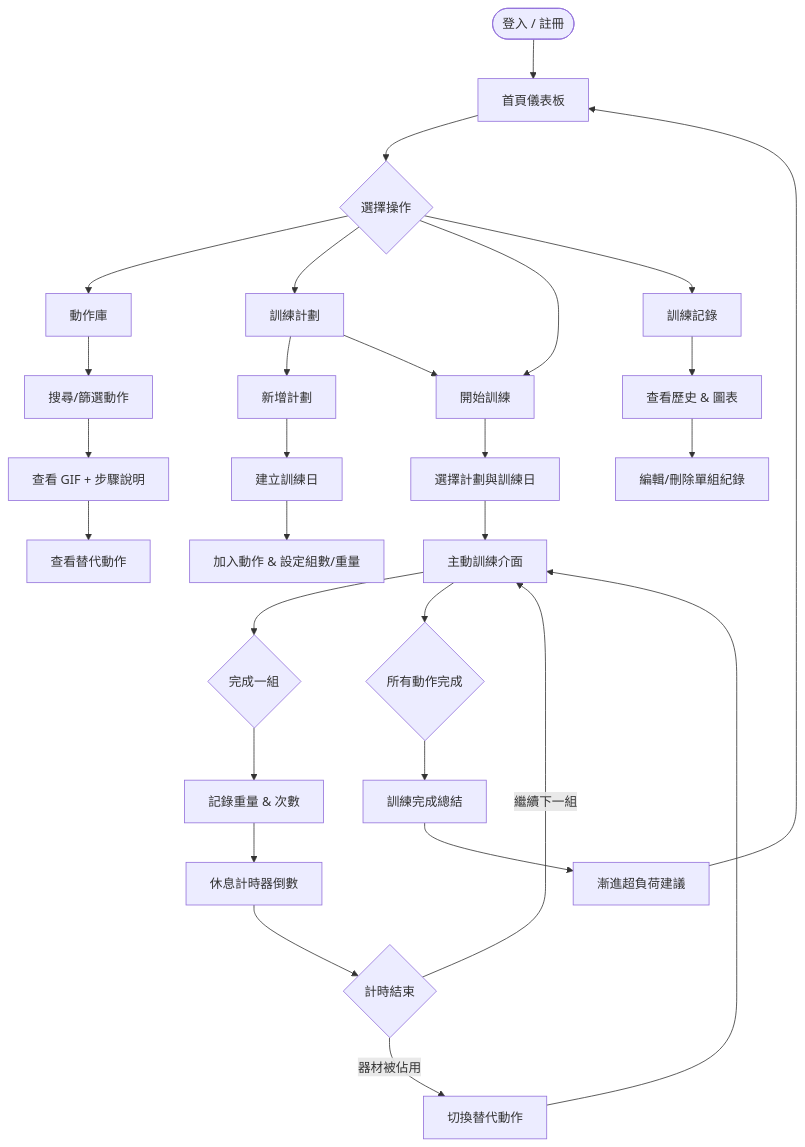
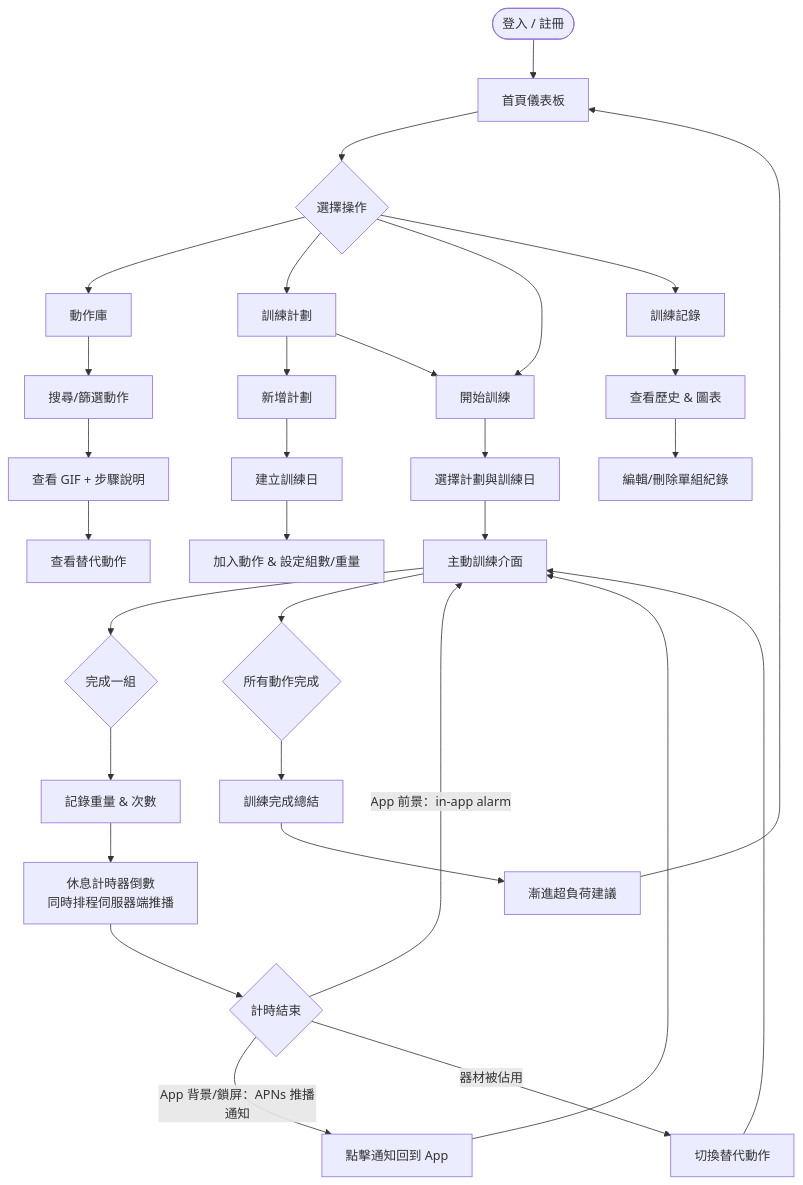
Before and after one commit to hyaochen/GymBuddy: the first of 4 diagrams in README.md, drawn with Mermaid. The commit also changed other lines of this file and 37 other files, not shown here.

````diff
--- a/README.md
+++ b/README.md
@@ -89,37 +90,39 @@
 ```mermaid
 flowchart TD
     A([登入 / 註冊]) --> B[首頁儀表板]
     B --> C{選擇操作}
 
     C --> D[動作庫]
     D --> D1[搜尋/篩選動作]
     D1 --> D2[查看 GIF + 步驟說明]
     D2 --> D3[查看替代動作]
 
     C --> E[訓練計劃]
     E --> E1[新增計劃]
     E1 --> E2[建立訓練日]
     E2 --> E3[加入動作 & 設定組數/重量]
 
     C --> F[開始訓練]
     E --> F
     F --> G[選擇計劃與訓練日]
     G --> H[主動訓練介面]
 
     H --> I{完成一組}
     I --> J[記錄重量 & 次數]
-    J --> K[休息計時器倒數]
+    J --> K[休息計時器倒數\n同時排程伺服器端推播]
     K --> L{計時結束}
-    L -->|繼續下一組| H
+    L -->|App 前景：in-app alarm| H
+    L -->|App 背景/鎖屏：APNs 推播通知| N2[點擊通知回到 App]
+    N2 --> H
     L -->|器材被佔用| M[切換替代動作]
     M --> H
 
     H --> N{所有動作完成}
     N --> O[訓練完成總結]
     O --> P[漸進超負荷建議]
     P --> B
 
     C --> Q[訓練記錄]
     Q --> R[查看歷史 & 圖表]
     R --> S[編輯/刪除單組紀錄]
 ```
````
